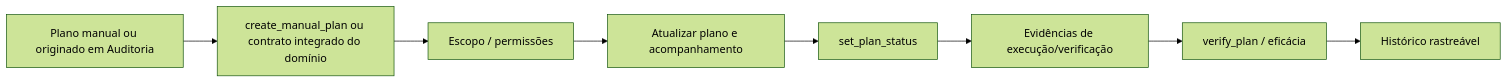
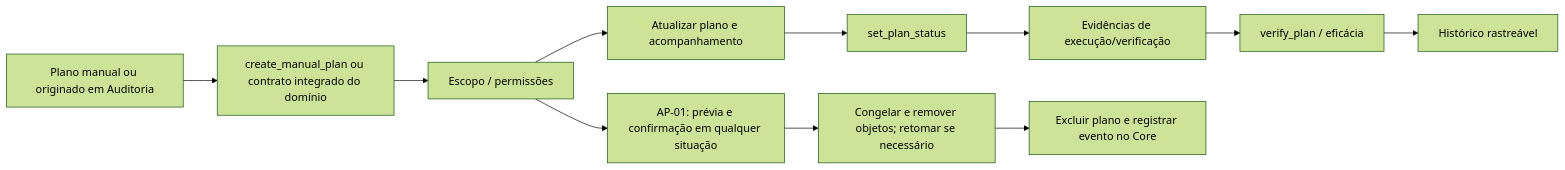
The fourth of 7 diagrams in docs/architecture/WORKFLOWS.md (The-Vonky/Gaucha-Gestao), drawn with Mermaid (forest theme) before and after one commit. The commit also changed other lines of this file and 33 other files, not shown here.

```diff
--- a/docs/architecture/WORKFLOWS.md
+++ b/docs/architecture/WORKFLOWS.md
@@ -94,10 +94,13 @@
 ~~~mermaid
 flowchart LR
   ORIGIN["Plano manual ou originado em Auditoria"] --> CREATE["create_manual_plan ou contrato integrado do domínio"]
   CREATE --> SCOPE["Escopo / permissões"]
   SCOPE --> EDIT["Atualizar plano e acompanhamento"]
   EDIT --> STATUS["set_plan_status"]
   STATUS --> EVI["Evidências de execução/verificação"]
   EVI --> VERIFY["verify_plan / eficácia"]
   VERIFY --> HIST["Histórico rastreável"]
+  SCOPE --> DELETE["AP-01: prévia e confirmação em qualquer situação"]
+  DELETE --> STORAGE["Congelar e remover objetos; retomar se necessário"]
+  STORAGE --> PURGE["Excluir plano e registrar evento no Core"]
 ~~~
```
